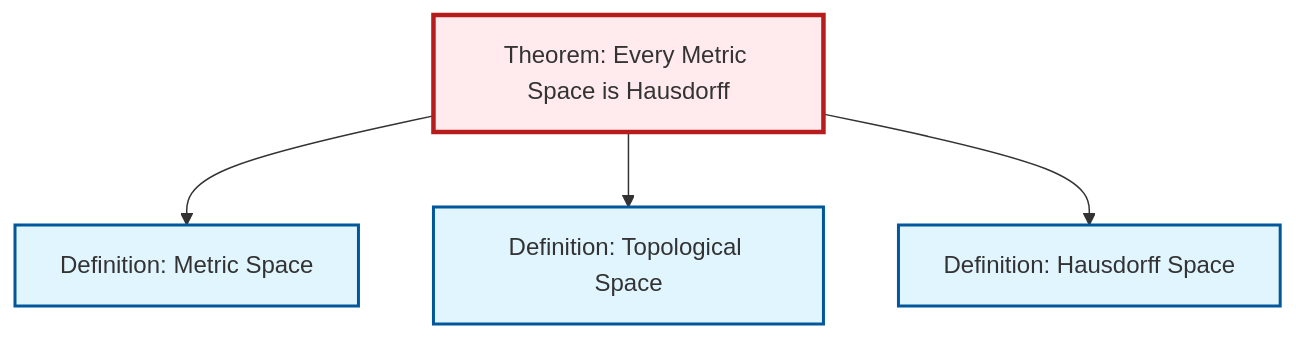
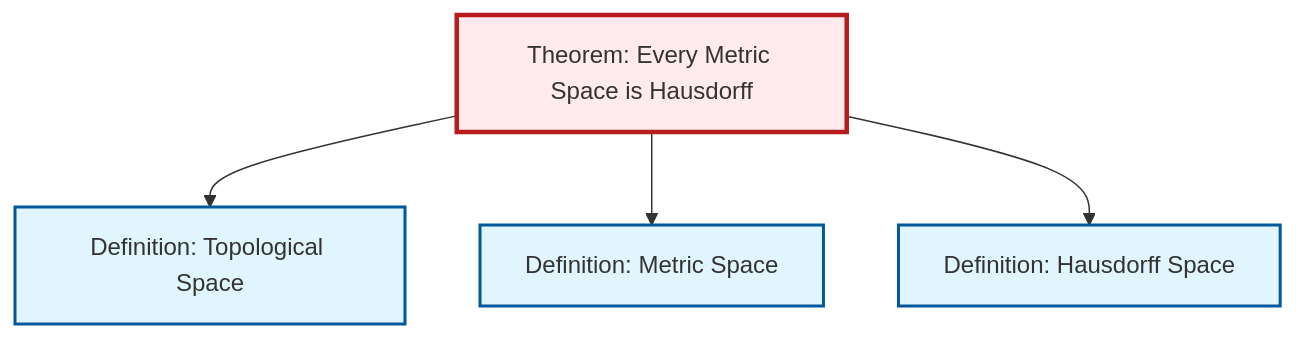
Before and after one commit to RK0429/ModernMath: the diagram in output/mermaid/thm-metric-hausdorff.mermaid, drawn with Mermaid. The commit also changed other lines of this file and 1250 other files, not shown here.

```diff
--- a/output/mermaid/thm-metric-hausdorff.mermaid
+++ b/output/mermaid/thm-metric-hausdorff.mermaid
@@ -1,15 +1,15 @@
 %%| fig-cap: "Local dependency graph"
 graph TD
     classDef definition fill:#e1f5fe,stroke:#01579b,stroke-width:2px
     classDef theorem fill:#f3e5f5,stroke:#4a148c,stroke-width:2px
     classDef axiom fill:#fff3e0,stroke:#e65100,stroke-width:2px
     classDef example fill:#e8f5e9,stroke:#1b5e20,stroke-width:2px
     classDef current fill:#ffebee,stroke:#b71c1c,stroke-width:3px
+    def-hausdorff["Definition: Hausdorff Space"]:::definition
+    thm-metric-hausdorff["Theorem: Every Metric Space is Hausdorff"]:::theorem
     def-topological-space["Definition: Topological Space"]:::definition
     def-metric-space["Definition: Metric Space"]:::definition
-    def-hausdorff["Definition: Hausdorff Space"]:::definition
-    thm-metric-hausdorff["Theorem: Every Metric Space is Hausdorff"]:::theorem
+    thm-metric-hausdorff --> def-topological-space
     thm-metric-hausdorff --> def-metric-space
-    thm-metric-hausdorff --> def-topological-space
     thm-metric-hausdorff --> def-hausdorff
     class thm-metric-hausdorff current
```
